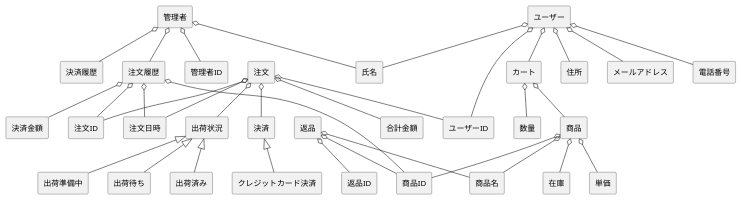
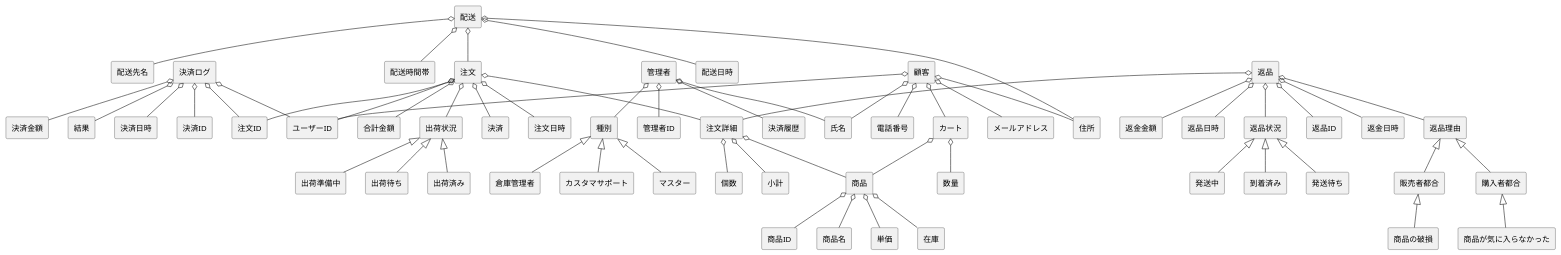
One commit to mameiku/group3-4 changed the diagram in domain.pu. Above: the diagram before and after it, drawn with PlantUML.

Commit message:
ドメインモデル修正

```diff
--- a/domain.pu
+++ b/domain.pu
@@ -1,45 +1,75 @@
 @startuml ドメインモデル図
 skinparam componentStyle rectangle
 
-[ユーザー] o-- [氏名]
-[ユーザー] o-- [カート]
-[ユーザー] o-- [住所]
-[ユーザー] o-- [ユーザーID]
-[ユーザー] o-- [メールアドレス]
-[ユーザー] o-- [電話番号]
+[配送] o-- [配送日時]
+[配送] o-- [配送先名]
+[配送] o-- [配送時間帯]
+[配送] o-- [注文]
+[配送] o-- [住所]
 
-[管理者] o-- [注文履歴]
+[決済ログ] o-- [決済ID]
+[決済ログ] o-- [決済金額]
+[決済ログ] o-- [決済日時]
+[決済ログ] o-- [結果]
+[決済ログ] o-- [注文ID]
+[決済ログ] o-- [ユーザーID]
+
+[顧客] o-- [氏名]
+[顧客] o-- [カート]
+[顧客] o-- [住所]
+[顧客] o-- [ユーザーID]
+[顧客] o-- [メールアドレス]
+[顧客] o-- [電話番号]
+
 [管理者] o-- [氏名]
 [管理者] o-- [管理者ID]
 [管理者] o-- [決済履歴]
+[管理者] o-- [種別]
 
 [注文] o-- [注文日時]
 [注文] o-- [注文ID]
 [注文] o-- [合計金額]
 [注文] o-- [出荷状況]
 [注文] o-- [決済]
 [注文] o-- [ユーザーID]
+[注文] o-- [注文詳細]
+
+[カート] o-- [数量]
+[カート] o-- [商品]
 
 [商品] o-- [商品ID]
 [商品] o-- [商品名]
 [商品] o-- [単価]
 [商品] o-- [在庫]
 
-[カート] o-- [数量]
-[カート] o-- [商品]
+[注文詳細] o-- [小計]
+[注文詳細] o-- [個数]
+[注文詳細] o-- [商品]
 
-[注文履歴] o-- [注文日時]
-[注文履歴] o-- [注文ID]
-[注文履歴] o-- [決済金額]
-[注文履歴] o-- [商品ID]
-
-[決済] <|-- [クレジットカード決済]
+[返品] o-- [返金金額]
+[返品] o-- [返品日時]
+[返品] o-- [返品状況]
+[返品] o-- [返品ID]
+[返品] o-- [返金日時]
+[返品] o-- [返品理由]
+[返品] o-- [注文詳細]
 
 [出荷状況] <|-- [出荷準備中]
 [出荷状況] <|-- [出荷待ち]
 [出荷状況] <|-- [出荷済み]
 
-[返品] o-- [商品ID]
-[返品] o-- [商品名]
-[返品] o-- [返品ID]
+[返品理由] <|-- [購入者都合]
+[返品理由] <|-- [販売者都合]
+
+[購入者都合] <|-- [商品が気に入らなかった]
+[販売者都合] <|-- [商品の破損]
+
+[種別] <|-- [マスター]
+[種別] <|-- [倉庫管理者]
+[種別] <|-- [カスタマサポート]
+
+[返品状況] <|-- [発送待ち]
+[返品状況] <|-- [発送中]
+[返品状況] <|-- [到着済み]
+
 @enduml
```
